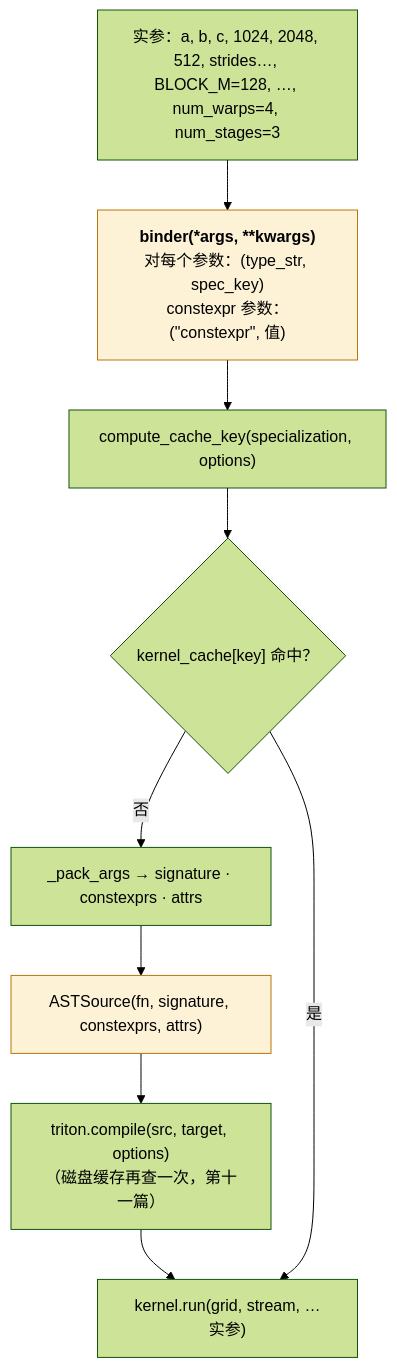
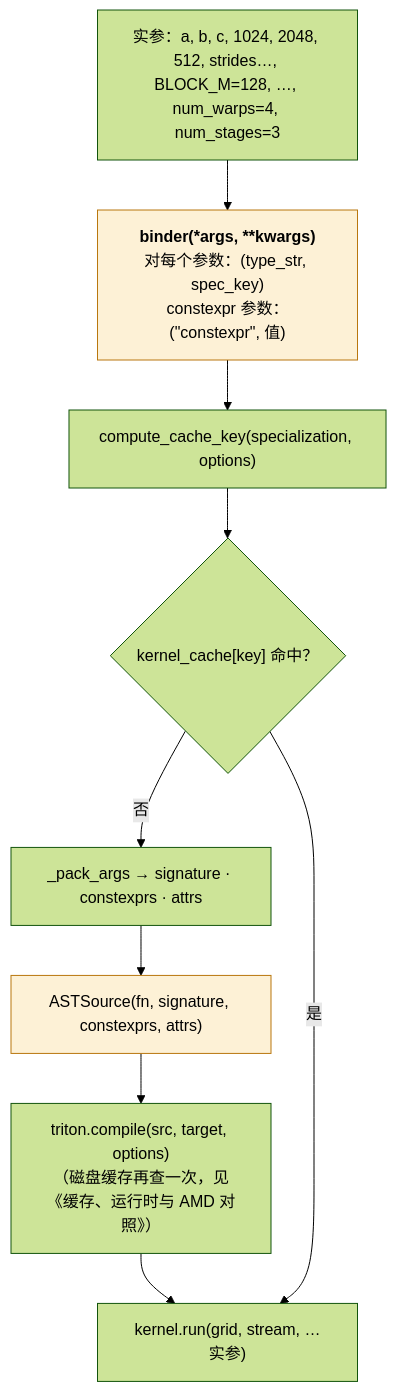
The second of 4 diagrams in _posts/2026-11-26-triton-compiler-frontend-python-ast-to-ttir.md (arganzheng/arganzheng.github.com), drawn with Mermaid (forest theme) before and after one commit. The commit also changed other lines of this file, not shown here.

First line of the commit message:
ML 编译器内部（05）Triton 前端：坐标引用改文章标题，补 constexpr 的 Java 参照

````diff
--- a/_posts/2026-11-26-triton-compiler-frontend-python-ast-to-ttir.md
+++ b/_posts/2026-11-26-triton-compiler-frontend-python-ast-to-ttir.md
@@ -130,18 +130,18 @@
 ```mermaid
 %% 图：JITFunction.run 的流程：binder 算出每个参数的 (type_str, spec_key) → 缓存 key 命中则直接 launch，否则打包成 ASTSource 交给 triton.compile
 flowchart TB
     args["实参：a, b, c, 1024, 2048, 512, strides…, BLOCK_M=128, …, num_warps=4, num_stages=3"]
     binder["<b>binder(*args, **kwargs)</b><br/>对每个参数：(type_str, spec_key)<br/>constexpr 参数：(&quot;constexpr&quot;, 值)"]
     key["compute_cache_key(specialization, options)"]
     hit{"kernel_cache#91;key#93; 命中？"}
     pack["_pack_args → signature · constexprs · attrs"]
     src["ASTSource(fn, signature, constexprs, attrs)"]
-    compile["triton.compile(src, target, options)<br/>（磁盘缓存再查一次，第十一篇）"]
+    compile["triton.compile(src, target, options)<br/>（磁盘缓存再查一次，见《缓存、运行时与 AMD 对照》）"]
     launch["kernel.run(grid, stream, …实参)"]
     args --> binder --> key --> hit
     hit -- "否" --> pack --> src --> compile --> launch
     hit -- "是" --> launch
 
     classDef hot fill:#fdf1d6,stroke:#b9770e
     class binder,src hot
 ```
````
